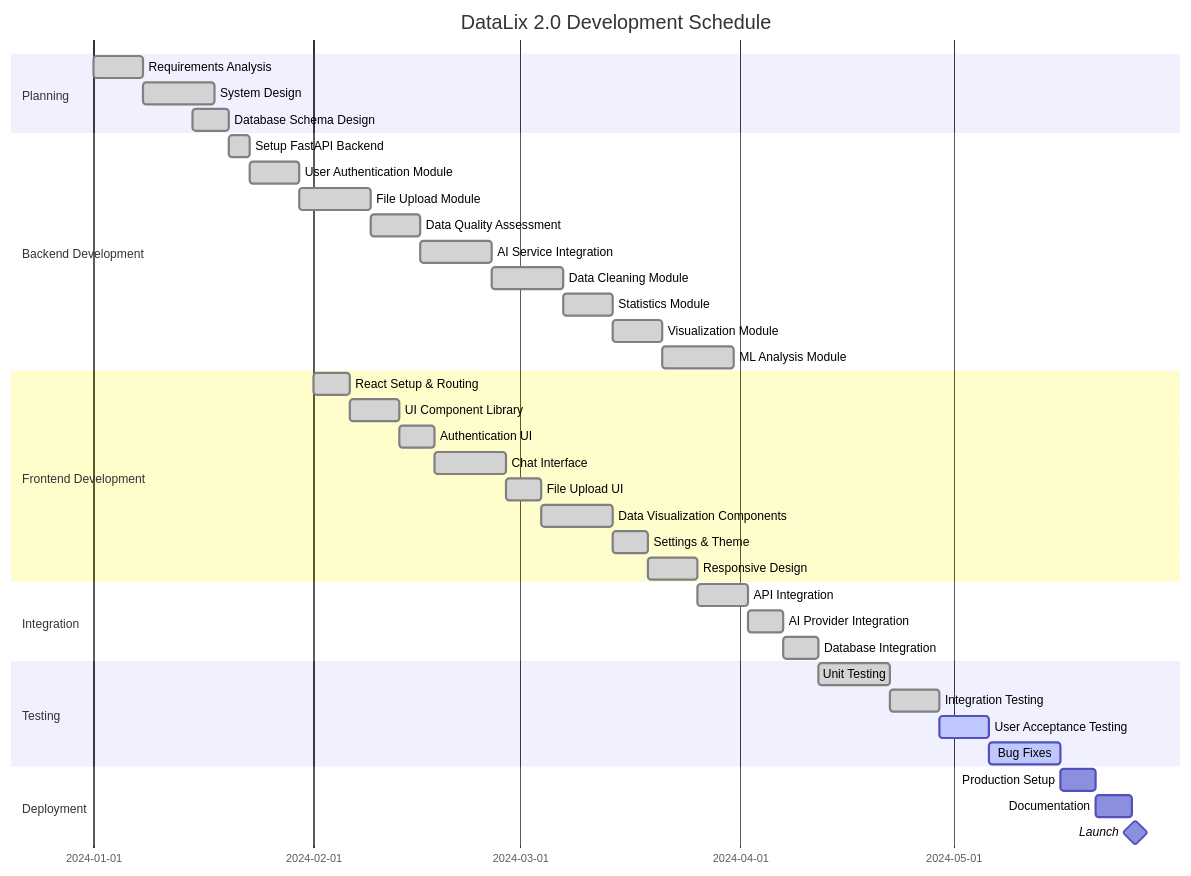
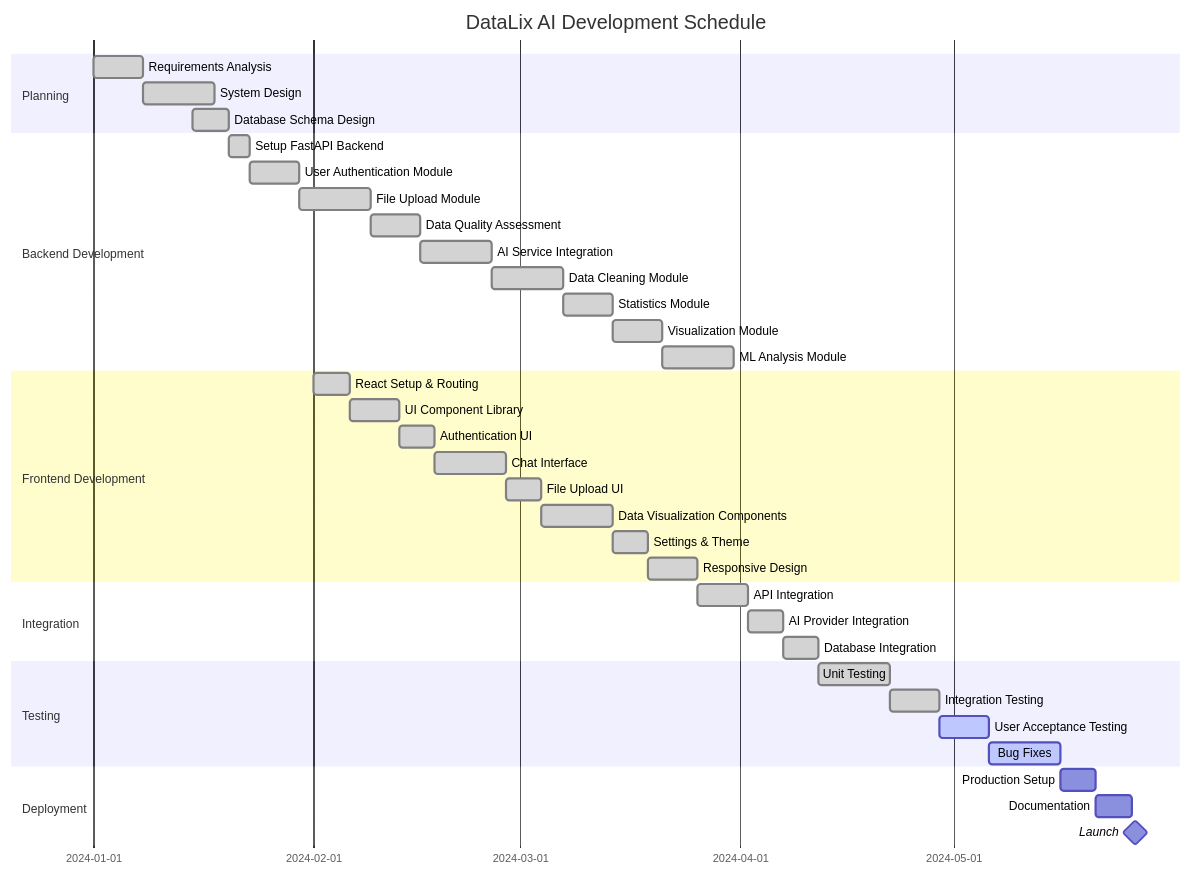
One commit to HimanshuSingh-966/Datalix changed diagram 16 of 18 in DATALIX_SOFTWARE_ENGINEERING_DOCUMENT.md. Above: the diagram before and after it, drawn with Mermaid. The commit also changed other lines of this file and 10 other files, not shown here.

First line of the commit message:
Update project name to DataLix AI across all documentation and code

````diff
--- a/DATALIX_SOFTWARE_ENGINEERING_DOCUMENT.md
+++ b/DATALIX_SOFTWARE_ENGINEERING_DOCUMENT.md
@@ -1388,46 +1388,46 @@
 ```mermaid
 gantt
-    title DataLix 2.0 Development Schedule
+    title DataLix AI Development Schedule
     dateFormat YYYY-MM-DD
     section Planning
     Requirements Analysis           :done, req, 2024-01-01, 7d
     System Design                   :done, design, 2024-01-08, 10d
     Database Schema Design          :done, db, 2024-01-15, 5d
     
     section Backend Development
     Setup FastAPI Backend           :done, be1, 2024-01-20, 3d
     User Authentication Module      :done, be2, 2024-01-23, 7d
     File Upload Module             :done, be3, 2024-01-30, 10d
     Data Quality Assessment        :done, be4, 2024-02-09, 7d
     AI Service Integration         :done, be5, 2024-02-16, 10d
     Data Cleaning Module           :done, be6, 2024-02-26, 10d
     Statistics Module              :done, be7, 2024-03-07, 7d
     Visualization Module           :done, be8, 2024-03-14, 7d
     ML Analysis Module             :done, be9, 2024-03-21, 10d
     
     section Frontend Development
     React Setup & Routing          :done, fe1, 2024-02-01, 5d
     UI Component Library           :done, fe2, 2024-02-06, 7d
     Authentication UI              :done, fe3, 2024-02-13, 5d
     Chat Interface                 :done, fe4, 2024-02-18, 10d
     File Upload UI                 :done, fe5, 2024-02-28, 5d
     Data Visualization Components  :done, fe6, 2024-03-04, 10d
     Settings & Theme               :done, fe7, 2024-03-14, 5d
     Responsive Design              :done, fe8, 2024-03-19, 7d
     
     section Integration
     API Integration                :done, int1, 2024-03-26, 7d
     AI Provider Integration        :done, int2, 2024-04-02, 5d
     Database Integration           :done, int3, 2024-04-07, 5d
     
     section Testing
     Unit Testing                   :done, test1, 2024-04-12, 10d
     Integration Testing            :done, test2, 2024-04-22, 7d
     User Acceptance Testing        :active, test3, 2024-04-29, 7d
     Bug Fixes                      :active, test4, 2024-05-06, 10d
     
     section Deployment
     Production Setup               :deploy1, 2024-05-16, 5d
     Documentation                  :deploy2, 2024-05-21, 5d
     Launch                         :milestone, deploy3, 2024-05-26, 1d
 ```
````
